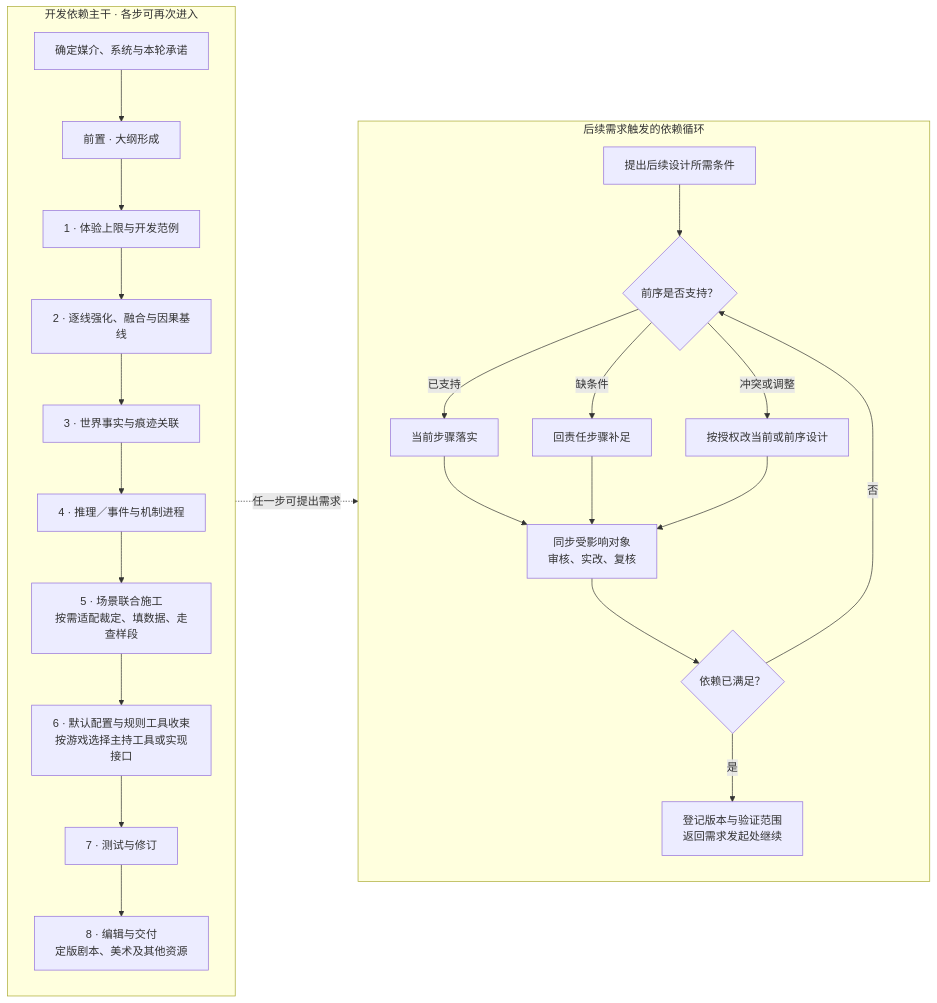
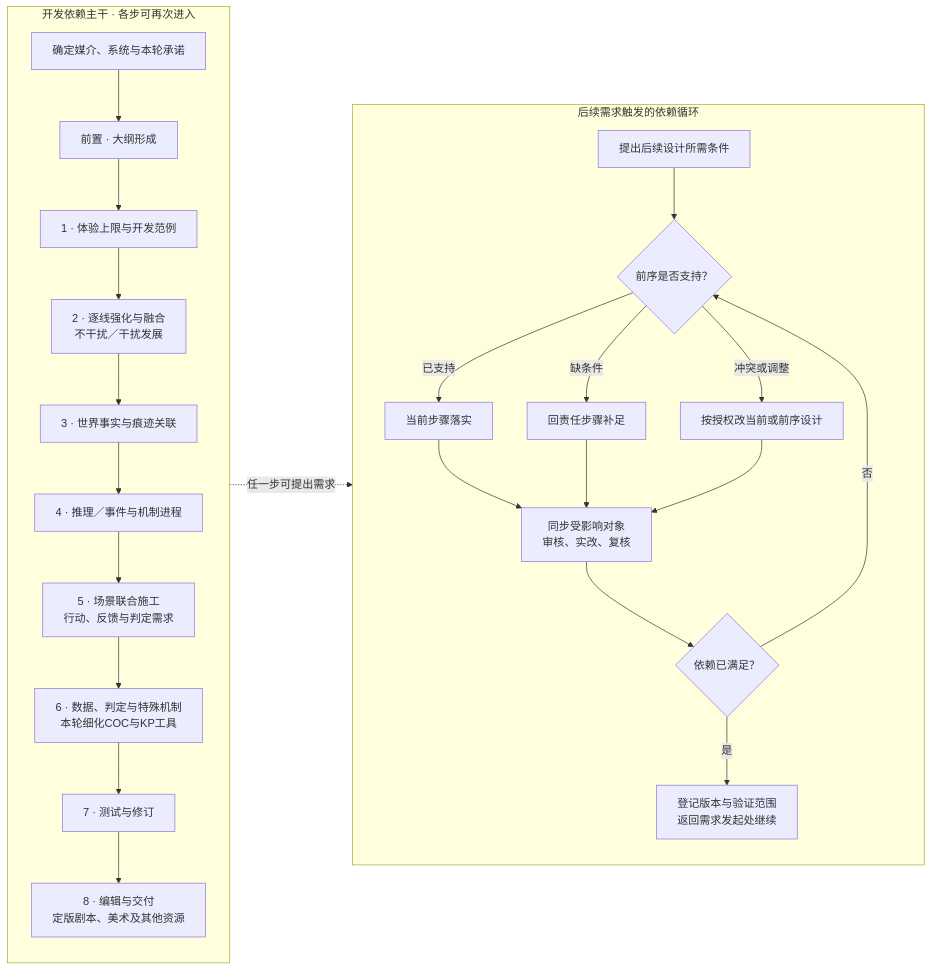
One commit to 28714026262/CocSWSkill changed the diagram in coc-script-writing/references/workflow.md. Above: the diagram before and after it, drawn with Mermaid. The commit also changed other lines of this file and 16 other files, not shown here.

````diff
--- a/coc-script-writing/references/workflow.md
+++ b/coc-script-writing/references/workflow.md
@@ -22,29 +22,29 @@
 ```mermaid
 flowchart LR
     subgraph MAIN["开发依赖主干 · 各步可再次进入"]
         direction TB
         T["确定媒介、系统与本轮承诺"] --> P0["前置 · 大纲形成"]
         P0 --> P1["1 · 体验上限与开发范例"]
-        P1 --> P2["2 · 逐线强化、融合与因果基线"]
+        P1 --> P2["2 · 逐线强化与融合<br/>不干扰／干扰发展"]
         P2 --> P3["3 · 世界事实与痕迹关联"]
         P3 --> P4["4 · 推理／事件与机制进程"]
-        P4 --> P5["5 · 场景联合施工<br/>按需适配裁定、填数据、走查样段"]
-        P5 --> P6["6 · 默认配置与规则工具收束<br/>按游戏选择主持工具或实现接口"]
+        P4 --> P5["5 · 场景联合施工<br/>行动、反馈与判定需求"]
+        P5 --> P6["6 · 数据、判定与特殊机制<br/>本轮细化COC与KP工具"]
         P6 --> P7["7 · 测试与修订"]
         P7 --> P8["8 · 编辑与交付<br/>定版剧本、美术及其他资源"]
     end
     subgraph LOOP["后续需求触发的依赖循环"]
         direction TB
         N["提出后续设计所需条件"] --> C{"前序是否支持？"}
         C -->|已支持| I["当前步骤落实"]
         C -->|缺条件| B["回责任步骤补足"]
         C -->|冲突或调整| A["按授权改当前或前序设计"]
         I --> S["同步受影响对象<br/>审核、实改、复核"]
         B --> S
         A --> S
         S --> D{"依赖已满足？"}
         D -->|否| C
         D -->|是| V["登记版本与验证范围<br/>返回需求发起处继续"]
     end
     MAIN -. "任一步可提出需求" .-> LOOP
 ```
````
